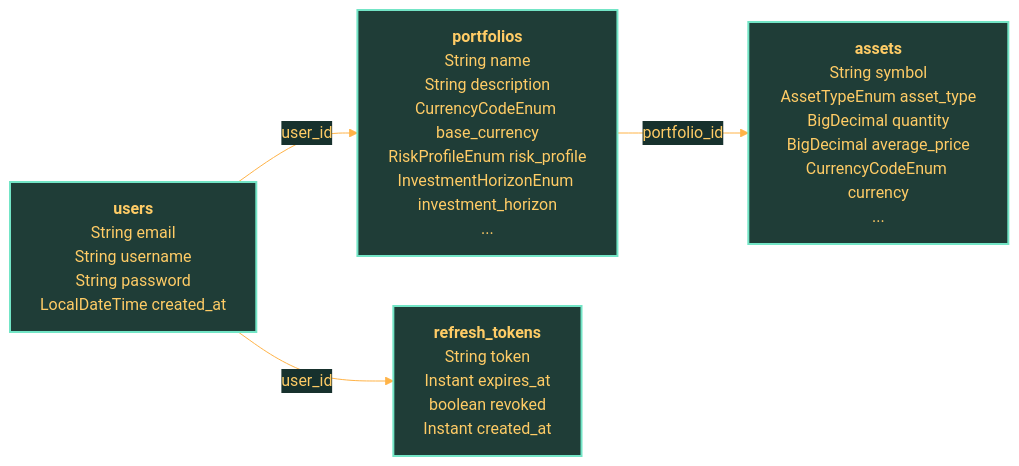
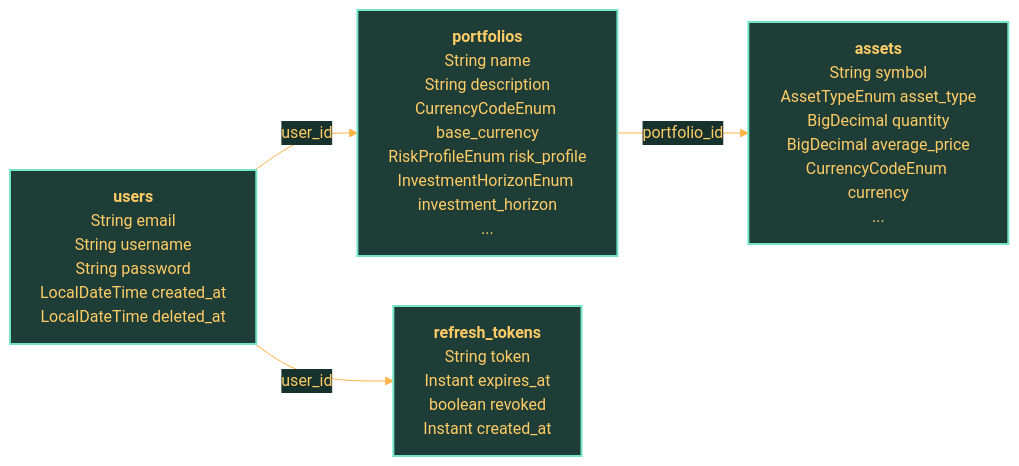
One commit to ismaelperezdev/Tyche-Wealth changed the second of 2 diagrams in docs/knowledge/services/user-service/readme.md. Above: the diagram before and after it, drawn with Mermaid. The commit also changed other lines of this file and 30 other files, not shown here.

````diff
--- a/docs/knowledge/services/user-service/readme.md
+++ b/docs/knowledge/services/user-service/readme.md
@@ -145,58 +153,58 @@
 ```mermaid
 %%{init: {
   "theme": "base",
   "themeVariables": {
     "background": "#1c2c29",
     "primaryColor": "#24443d",
     "primaryTextColor": "#ffcc66",
     "primaryBorderColor": "#73e5c6",
     "lineColor": "#ffb347",
     "secondaryColor": "#203934",
     "tertiaryColor": "#294c44",
     "mainBkg": "#24443d",
     "secondBkg": "#203934",
     "tertiaryBkg": "#294c44",
     "clusterBkg": "#17312d",
     "clusterBorder": "#57c8a8",
     "nodeBkg": "#24443d",
     "nodeBorder": "#73e5c6",
     "defaultLinkColor": "#ffb347",
     "titleColor": "#ffcc66",
     "textColor": "#ffcc66",
     "edgeLabelBackground": "#17312d",
     "actorBkg": "#24443d",
     "actorBorder": "#73e5c6",
     "actorTextColor": "#ffcc66",
     "actorLineColor": "#ffb347",
     "signalColor": "#ffb347",
     "signalTextColor": "#ffcc66",
     "labelBoxBkgColor": "#17312d",
     "labelBoxBorderColor": "#57c8a8",
     "labelTextColor": "#ffcc66",
     "loopTextColor": "#ffcc66",
     "noteBkgColor": "#294c44",
     "noteBorderColor": "#82e7cb",
     "noteTextColor": "#ffcc66",
     "activationBkgColor": "#2c5a50",
     "activationBorderColor": "#73e5c6",
     "sectionBkgColor": "#1b3531",
     "altSectionBkgColor": "#22413b",
     "gridColor": "rgba(255, 179, 71, 0.22)"
   },
   "themeCSS": ".messageText, .messageText tspan, .label text, .label tspan, .edgeLabel text, .edgeLabel tspan, .nodeLabel, .nodeLabel p, .nodeLabel span, .label foreignObject, .label foreignObject div, .cluster-label text, .cluster-label tspan, .actor text, .actor tspan, .loopText, .noteText, .er text, .er tspan, .er.entityLabel, .er.attributeText, .er.relationshipLabel, .er foreignObject div, .er foreignObject span, .er foreignObject td, .er foreignObject th { fill: #ffcc66 !important; color: #ffcc66 !important; } .messageLine0, .messageLine1, .flowchart-link, .edgePath path, .actor-line, .er.relationshipLine { stroke: #ffb347 !important; fill: none !important; } .arrowheadPath, marker path { stroke: #ffb347 !important; fill: #ffb347 !important; } .er rect, .er .entityBox, .er .attributeBoxEven, .er .attributeBoxOdd { fill: #24443d !important; stroke: #73e5c6 !important; } .er .relationshipLabelBox { fill: #17312d !important; stroke: #57c8a8 !important; } .er foreignObject, .er foreignObject div, .er foreignObject table { background: #24443d !important; } .er foreignObject tr:nth-child(odd), .er foreignObject tr:nth-child(odd) td { background: #24443d !important; } .er foreignObject tr:nth-child(even), .er foreignObject tr:nth-child(even) td { background: #2b4f47 !important; } .er foreignObject td, .er foreignObject th { border-color: #73e5c6 !important; }"
 }}%%
 flowchart LR
   classDef entity fill:#1f3d37,stroke:#73e5c6,stroke-width:2px,color:#ffcc66;
   classDef relation fill:#17312d,stroke:#ffb347,color:#ffcc66;
   assets["<b>assets</b><br/>String symbol<br/>AssetTypeEnum asset_type<br/>BigDecimal quantity<br/>BigDecimal average_price<br/>CurrencyCodeEnum currency<br/>..."]
   class assets entity;
   portfolios["<b>portfolios</b><br/>String name<br/>String description<br/>CurrencyCodeEnum base_currency<br/>RiskProfileEnum risk_profile<br/>InvestmentHorizonEnum investment_horizon<br/>..."]
   class portfolios entity;
   refresh_tokens["<b>refresh_tokens</b><br/>String token<br/>Instant expires_at<br/>boolean revoked<br/>Instant created_at"]
   class refresh_tokens entity;
-  users["<b>users</b><br/>String email<br/>String username<br/>String password<br/>LocalDateTime created_at"]
+  users["<b>users</b><br/>String email<br/>String username<br/>String password<br/>LocalDateTime created_at<br/>LocalDateTime deleted_at"]
   class users entity;
   portfolios -->|portfolio_id| assets
   users -->|user_id| portfolios
   users -->|user_id| refresh_tokens
 ```
````
